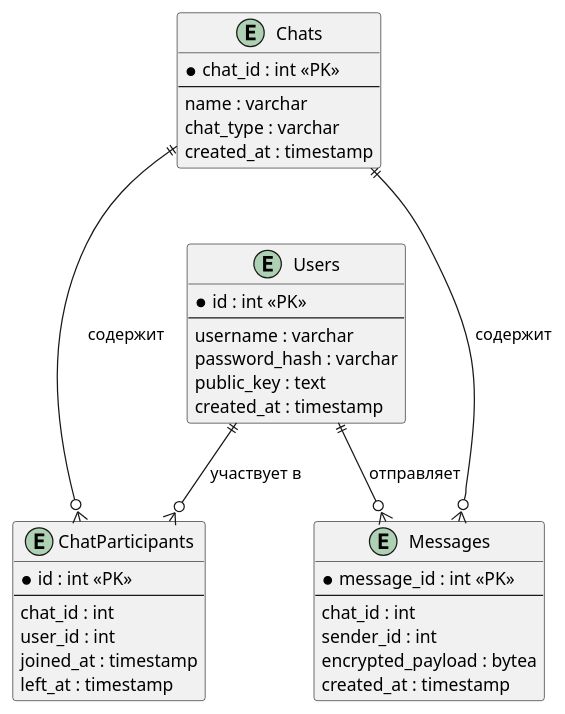
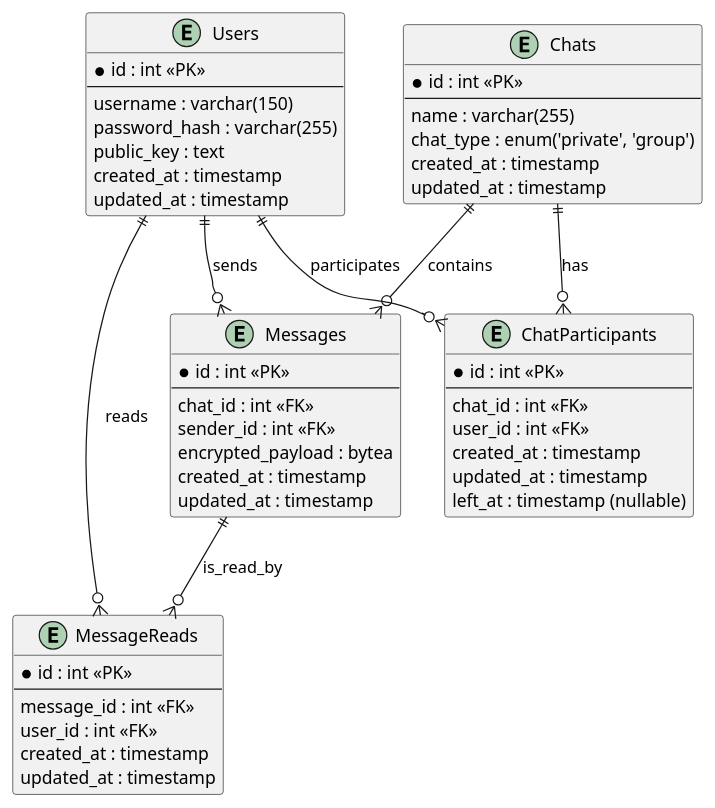
The diagram in docs/bd_scheme.puml (Max2288/secure-messenger), drawn with PlantUML before and after one commit. The commit also changed 2 other files, not shown here.

Commit message:
Дополнено ридми и схемы

```diff
--- a/docs/bd_scheme.puml
+++ b/docs/bd_scheme.puml
@@ -1,41 +1,57 @@
 @startuml
-entity "Users" {
+entity "Users" as User {
   * id : int <<PK>>
   --
-  username : varchar
-  password_hash : varchar
+  username : varchar(150)
+  password_hash : varchar(255)
   public_key : text
   created_at : timestamp
+  updated_at : timestamp
 }
 
-entity "Chats" {
-  * chat_id : int <<PK>>
+entity "Chats" as Chat {
+  * id : int <<PK>>
   --
-  name : varchar
-  chat_type : varchar
+  name : varchar(255)
+  chat_type : enum('private', 'group')
   created_at : timestamp
+  updated_at : timestamp
 }
 
-entity "ChatParticipants" {
+entity "ChatParticipants" as ChatParticipant {
   * id : int <<PK>>
   --
-  chat_id : int
-  user_id : int
-  joined_at : timestamp
-  left_at : timestamp
+  chat_id : int <<FK>>
+  user_id : int <<FK>>
+  created_at : timestamp
+  updated_at : timestamp
+  left_at : timestamp (nullable)
 }
 
-entity "Messages" {
-  * message_id : int <<PK>>
+entity "Messages" as Message {
+  * id : int <<PK>>
   --
-  chat_id : int
-  sender_id : int
+  chat_id : int <<FK>>
+  sender_id : int <<FK>>
   encrypted_payload : bytea
   created_at : timestamp
+  updated_at : timestamp
 }
 
-Users ||--o{ ChatParticipants : "участвует в"
-Users ||--o{ Messages : "отправляет"
-Chats ||---o{ ChatParticipants : "содержит"
-Chats ||---o{ Messages : "содержит"
+entity "MessageReads" as MessageRead {
+  * id : int <<PK>>
+  --
+  message_id : int <<FK>>
+  user_id : int <<FK>>
+  created_at : timestamp
+  updated_at : timestamp
+}
+
+User ||--o{ ChatParticipant : participates
+User ||--o{ Message : sends
+Chat ||--o{ ChatParticipant : has
+Chat ||--o{ Message : contains
+Message ||--o{ MessageRead : is_read_by
+User ||--o{ MessageRead : reads
+
 @enduml
```
